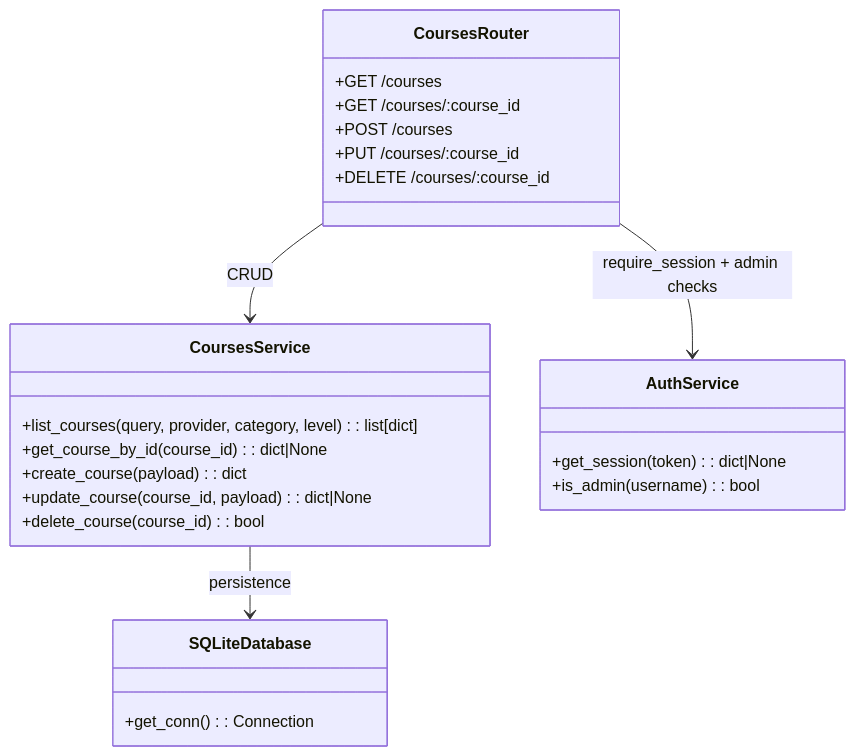
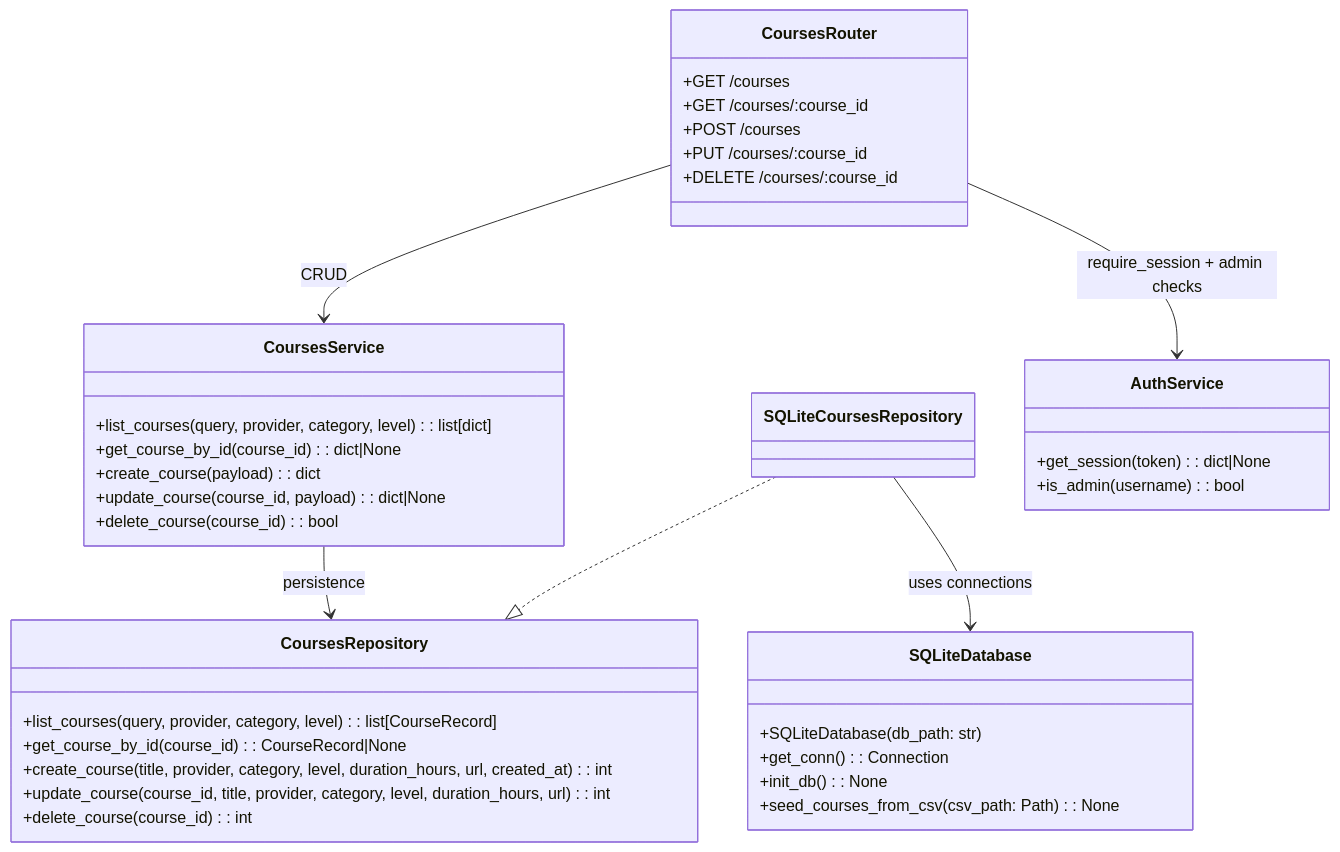
Before and after one commit to JustinMelger/Upstream: the sixth of 13 diagrams in docs/architecture.md, drawn with Mermaid. The commit also changed 8 other files, not shown here.

Commit message:
refactor: course refactor according to architecture md

````diff
--- a/docs/architecture.md
+++ b/docs/architecture.md
@@ -201,31 +201,47 @@
 ```mermaid
 classDiagram
   class CoursesRouter {
     +GET /courses
     +GET /courses/:course_id
     +POST /courses
     +PUT /courses/:course_id
     +DELETE /courses/:course_id
   }
 
   class CoursesService {
     +list_courses(query, provider, category, level): list[dict]
     +get_course_by_id(course_id): dict|None
     +create_course(payload): dict
     +update_course(course_id, payload): dict|None
     +delete_course(course_id): bool
   }
 
+  class CoursesRepository {
+    +list_courses(query, provider, category, level): list[CourseRecord]
+    +get_course_by_id(course_id): CourseRecord|None
+    +create_course(title, provider, category, level, duration_hours, url, created_at): int
+    +update_course(course_id, title, provider, category, level, duration_hours, url): int
+    +delete_course(course_id): int
+  }
+
+  class SQLiteCoursesRepository {
+  }
+
   class AuthService {
     +get_session(token): dict|None
     +is_admin(username): bool
   }
 
   class SQLiteDatabase {
+    +SQLiteDatabase(db_path: str)
     +get_conn(): Connection
+    +init_db(): None
+    +seed_courses_from_csv(csv_path: Path): None
   }
 
   CoursesRouter --> AuthService : require_session + admin checks
   CoursesRouter --> CoursesService : CRUD
-  CoursesService --> SQLiteDatabase : persistence
+  CoursesService --> CoursesRepository : persistence
+  SQLiteCoursesRepository ..|> CoursesRepository
+  SQLiteCoursesRepository --> SQLiteDatabase : uses connections
 ```
````
